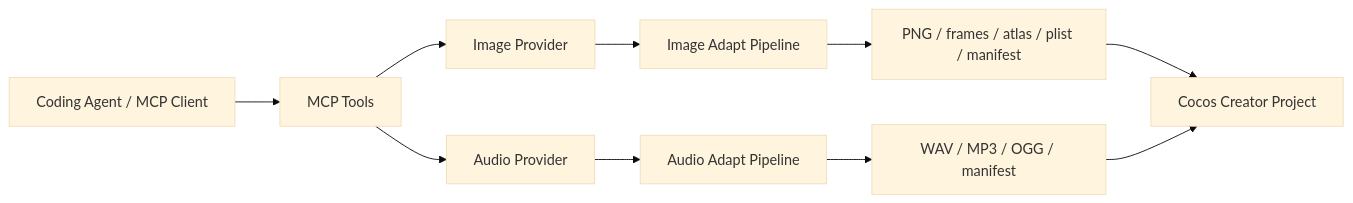
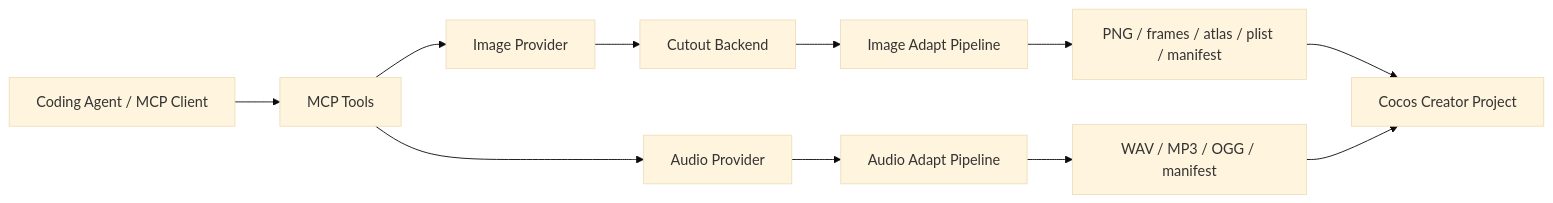
The diagram in docs/ARCHITECTURE.md (lightblink/cocos-asset-forge-mcp), drawn with Mermaid (base theme) before and after one commit. The commit also changed other lines of this file and 9 other files, not shown here.

Commit message:
Add pluggable local cutout backend

````diff
--- a/docs/ARCHITECTURE.md
+++ b/docs/ARCHITECTURE.md
@@ -10,12 +10,13 @@
 ```mermaid
 flowchart LR
   Agent["Coding Agent / MCP Client"] --> Tools["MCP Tools"]
   Tools --> ImageProvider["Image Provider"]
   Tools --> AudioProvider["Audio Provider"]
-  ImageProvider --> ImagePipeline["Image Adapt Pipeline"]
+  ImageProvider --> Cutout["Cutout Backend"]
+  Cutout --> ImagePipeline["Image Adapt Pipeline"]
   AudioProvider --> AudioPipeline["Audio Adapt Pipeline"]
   ImagePipeline --> Files["PNG / frames / atlas / plist / manifest"]
   AudioPipeline --> AudioFiles["WAV / MP3 / OGG / manifest"]
   Files --> Cocos["Cocos Creator Project"]
   AudioFiles --> Cocos
 ```
````
